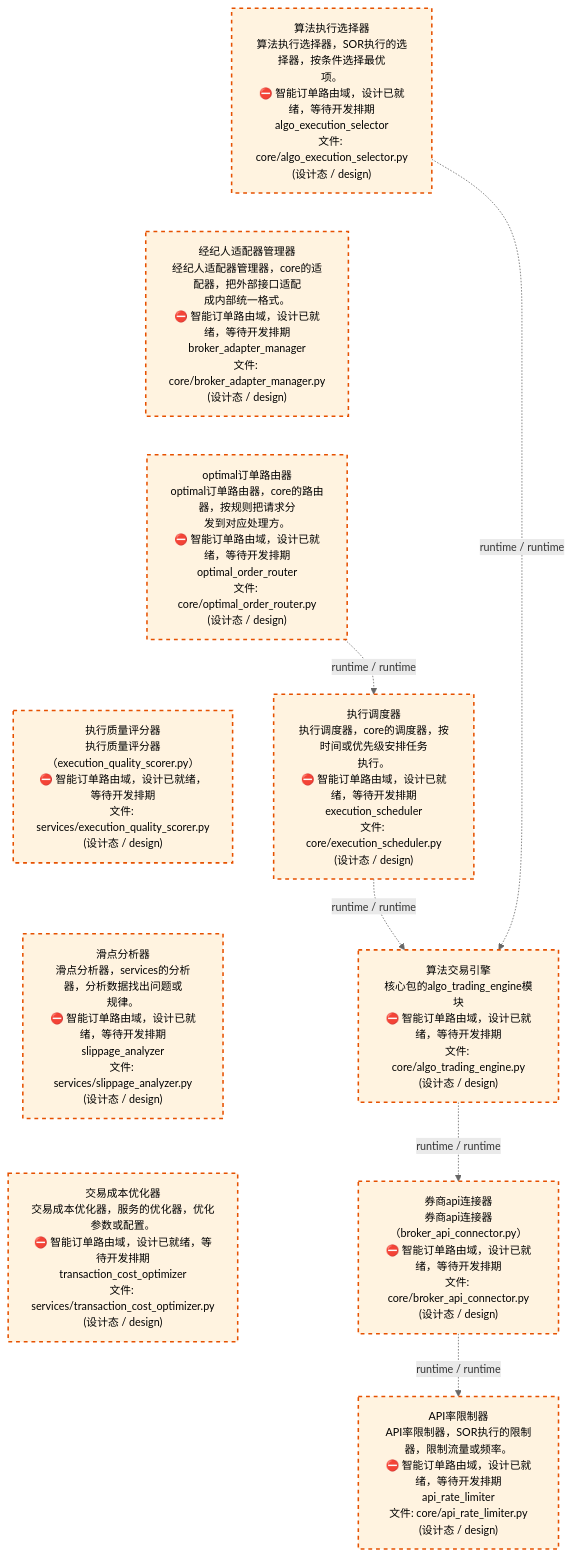
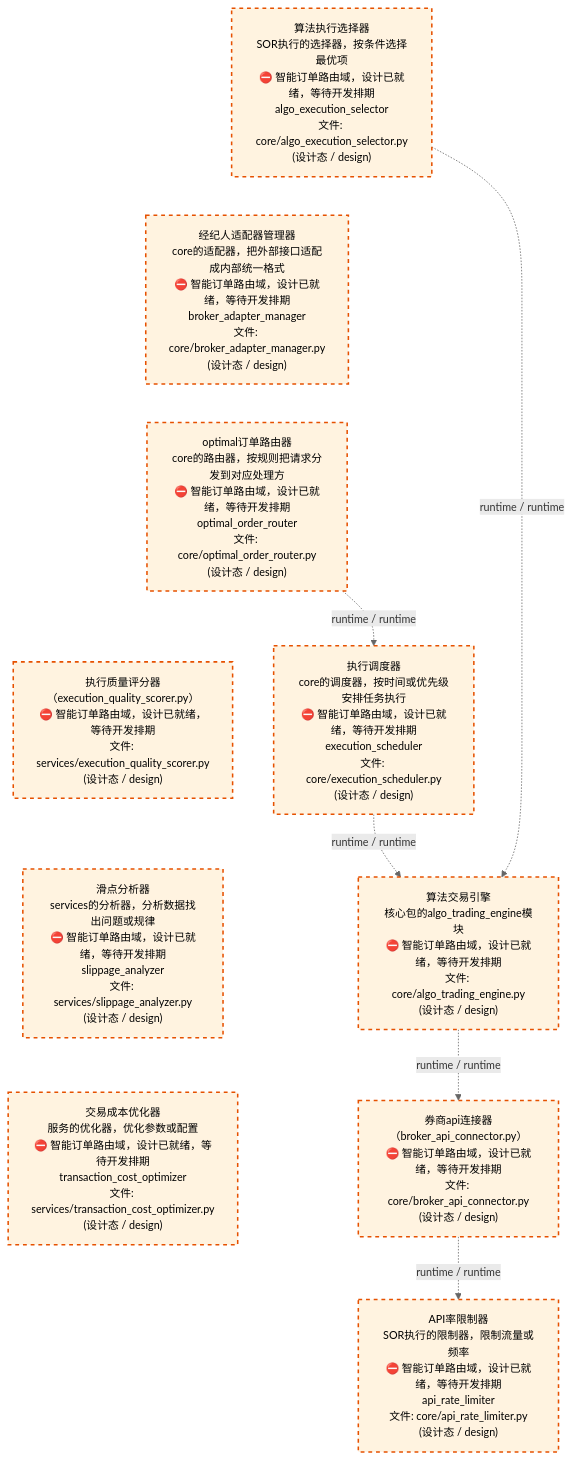
Before and after one commit to xuanFelixVan/ZephyrAlpha: the third of 4 diagrams in docs/02_enterprise_architecture/02_domain_architecture_docs/45_d_ex_sor.md, drawn with Mermaid. The commit also changed other lines of this file and 59 other files, not shown here.

````diff
--- a/docs/02_enterprise_architecture/02_domain_architecture_docs/45_d_ex_sor.md
+++ b/docs/02_enterprise_architecture/02_domain_architecture_docs/45_d_ex_sor.md
@@ -138,29 +138,29 @@
 ```mermaid
 %%{init: {'theme': 'base', 'themeVariables': {'primaryColor': '#eaeaea', 'primaryTextColor': '#333333', 'primaryBorderColor': '#666666', 'lineColor': '#666666', 'secondaryColor': '#eaeaea', 'tertiaryColor': '#eaeaea', 'fontSize': '14px'}}}%%
 flowchart TD
-    src_zephyr_ex_sor_core_algo_execution_selector_py["算法执行选择器<br/>算法执行选择器，SOR执行的选择器，按条件选择最优<br/>项。<br/>⛔ 智能订单路由域，设计已就绪，等待开发排期<br/>algo_execution_selector<br/>文件: core/algo_execution_selector.py<br/>(设计态 / design)"]
-    src_zephyr_ex_sor_core_broker_adapter_manager_py["经纪人适配器管理器<br/>经纪人适配器管理器，core的适配器，把外部接口适配<br/>成内部统一格式。<br/>⛔ 智能订单路由域，设计已就绪，等待开发排期<br/>broker_adapter_manager<br/>文件: core/broker_adapter_manager.py<br/>(设计态 / design)"]
-    src_zephyr_ex_sor_core_optimal_order_router_py["optimal订单路由器<br/>optimal订单路由器，core的路由器，按规则把请求分<br/>发到对应处理方。<br/>⛔ 智能订单路由域，设计已就绪，等待开发排期<br/>optimal_order_router<br/>文件: core/optimal_order_router.py<br/>(设计态 / design)"]
-    src_zephyr_ex_sor_services_execution_quality_scorer_py["执行质量评分器<br/>执行质量评分器（execution_quality_scorer.py）<br/>⛔ 智能订单路由域，设计已就绪，等待开发排期<br/>文件: services/execution_quality_scorer.py<br/>(设计态 / design)"]
-    src_zephyr_ex_sor_services_slippage_analyzer_py["滑点分析器<br/>滑点分析器，services的分析器，分析数据找出问题或<br/>规律。<br/>⛔ 智能订单路由域，设计已就绪，等待开发排期<br/>slippage_analyzer<br/>文件: services/slippage_analyzer.py<br/>(设计态 / design)"]
-    src_zephyr_ex_sor_services_transaction_cost_optimizer_py["交易成本优化器<br/>交易成本优化器，服务的优化器，优化参数或配置。<br/>⛔ 智能订单路由域，设计已就绪，等待开发排期<br/>transaction_cost_optimizer<br/>文件: services/transaction_cost_optimizer.py<br/>(设计态 / design)"]
+    src_zephyr_ex_sor_core_algo_execution_selector_py["算法执行选择器<br/>SOR执行的选择器，按条件选择最优项<br/>⛔ 智能订单路由域，设计已就绪，等待开发排期<br/>algo_execution_selector<br/>文件: core/algo_execution_selector.py<br/>(设计态 / design)"]
+    src_zephyr_ex_sor_core_broker_adapter_manager_py["经纪人适配器管理器<br/>core的适配器，把外部接口适配成内部统一格式<br/>⛔ 智能订单路由域，设计已就绪，等待开发排期<br/>broker_adapter_manager<br/>文件: core/broker_adapter_manager.py<br/>(设计态 / design)"]
+    src_zephyr_ex_sor_core_optimal_order_router_py["optimal订单路由器<br/>core的路由器，按规则把请求分发到对应处理方<br/>⛔ 智能订单路由域，设计已就绪，等待开发排期<br/>optimal_order_router<br/>文件: core/optimal_order_router.py<br/>(设计态 / design)"]
+    src_zephyr_ex_sor_services_execution_quality_scorer_py["执行质量评分器<br/>（execution_quality_scorer.py）<br/>⛔ 智能订单路由域，设计已就绪，等待开发排期<br/>文件: services/execution_quality_scorer.py<br/>(设计态 / design)"]
+    src_zephyr_ex_sor_services_slippage_analyzer_py["滑点分析器<br/>services的分析器，分析数据找出问题或规律<br/>⛔ 智能订单路由域，设计已就绪，等待开发排期<br/>slippage_analyzer<br/>文件: services/slippage_analyzer.py<br/>(设计态 / design)"]
+    src_zephyr_ex_sor_services_transaction_cost_optimizer_py["交易成本优化器<br/>服务的优化器，优化参数或配置<br/>⛔ 智能订单路由域，设计已就绪，等待开发排期<br/>transaction_cost_optimizer<br/>文件: services/transaction_cost_optimizer.py<br/>(设计态 / design)"]
     src_zephyr_ex_sor_core_algo_execution_selector_py ~~~ src_zephyr_ex_sor_core_broker_adapter_manager_py
     src_zephyr_ex_sor_core_broker_adapter_manager_py ~~~ src_zephyr_ex_sor_core_optimal_order_router_py
     src_zephyr_ex_sor_core_optimal_order_router_py ~~~ src_zephyr_ex_sor_services_execution_quality_scorer_py
     src_zephyr_ex_sor_services_execution_quality_scorer_py ~~~ src_zephyr_ex_sor_services_slippage_analyzer_py
     src_zephyr_ex_sor_services_slippage_analyzer_py ~~~ src_zephyr_ex_sor_services_transaction_cost_optimizer_py
-    src_zephyr_ex_sor_core_execution_scheduler_py["执行调度器<br/>执行调度器，core的调度器，按时间或优先级安排任务<br/>执行。<br/>⛔ 智能订单路由域，设计已就绪，等待开发排期<br/>execution_scheduler<br/>文件: core/execution_scheduler.py<br/>(设计态 / design)"]
+    src_zephyr_ex_sor_core_execution_scheduler_py["执行调度器<br/>core的调度器，按时间或优先级安排任务执行<br/>⛔ 智能订单路由域，设计已就绪，等待开发排期<br/>execution_scheduler<br/>文件: core/execution_scheduler.py<br/>(设计态 / design)"]
     src_zephyr_ex_sor_core_algo_trading_engine_py["算法交易引擎<br/>核心包的algo_trading_engine模块<br/>⛔ 智能订单路由域，设计已就绪，等待开发排期<br/>文件: core/algo_trading_engine.py<br/>(设计态 / design)"]
-    src_zephyr_ex_sor_core_broker_api_connector_py["券商api连接器<br/>券商api连接器（broker_api_connector.py）<br/>⛔ 智能订单路由域，设计已就绪，等待开发排期<br/>文件: core/broker_api_connector.py<br/>(设计态 / design)"]
-    src_zephyr_ex_sor_core_api_rate_limiter_py["API率限制器<br/>API率限制器，SOR执行的限制器，限制流量或频率。<br/>⛔ 智能订单路由域，设计已就绪，等待开发排期<br/>api_rate_limiter<br/>文件: core/api_rate_limiter.py<br/>(设计态 / design)"]
+    src_zephyr_ex_sor_core_broker_api_connector_py["券商api连接器<br/>（broker_api_connector.py）<br/>⛔ 智能订单路由域，设计已就绪，等待开发排期<br/>文件: core/broker_api_connector.py<br/>(设计态 / design)"]
+    src_zephyr_ex_sor_core_api_rate_limiter_py["API率限制器<br/>SOR执行的限制器，限制流量或频率<br/>⛔ 智能订单路由域，设计已就绪，等待开发排期<br/>api_rate_limiter<br/>文件: core/api_rate_limiter.py<br/>(设计态 / design)"]
     src_zephyr_ex_sor_core_optimal_order_router_py -.->|runtime / runtime| src_zephyr_ex_sor_core_execution_scheduler_py
     src_zephyr_ex_sor_core_execution_scheduler_py -.->|runtime / runtime| src_zephyr_ex_sor_core_algo_trading_engine_py
     src_zephyr_ex_sor_core_algo_trading_engine_py -.->|runtime / runtime| src_zephyr_ex_sor_core_broker_api_connector_py
     src_zephyr_ex_sor_core_algo_execution_selector_py -.->|runtime / runtime| src_zephyr_ex_sor_core_algo_trading_engine_py
     src_zephyr_ex_sor_core_broker_api_connector_py -.->|runtime / runtime| src_zephyr_ex_sor_core_api_rate_limiter_py
     classDef production fill:#e1f5fe,stroke:#01579b,stroke-width:2px,color:#000
     classDef design fill:#fff3e0,stroke:#e65100,stroke-width:2px,color:#000,stroke-dasharray: 5 5
     classDef external_prod fill:#e8f4fd,stroke:#0277bd,stroke-width:1px,color:#000
     classDef external_design fill:#fff8e7,stroke:#ef6c00,stroke-width:1px,color:#000,stroke-dasharray: 5 5
     class src_zephyr_ex_sor_core_algo_execution_selector_py,src_zephyr_ex_sor_core_algo_trading_engine_py,src_zephyr_ex_sor_core_api_rate_limiter_py,src_zephyr_ex_sor_core_broker_adapter_manager_py,src_zephyr_ex_sor_core_broker_api_connector_py,src_zephyr_ex_sor_core_execution_scheduler_py,src_zephyr_ex_sor_core_optimal_order_router_py,src_zephyr_ex_sor_services_execution_quality_scorer_py,src_zephyr_ex_sor_services_slippage_analyzer_py,src_zephyr_ex_sor_services_transaction_cost_optimizer_py design
 ```
````
